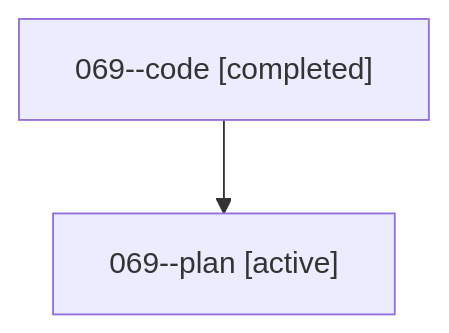
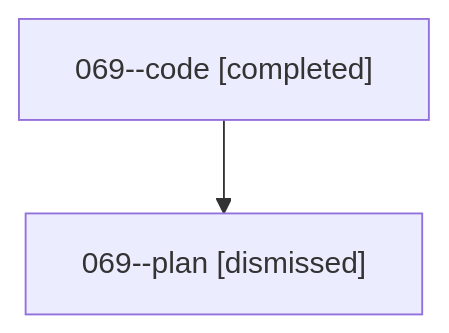
The diagram in sessions/bbugyi200.athena.069.md (sase-org/sase--agents), drawn with Mermaid before and after one commit. The commit also changed other lines of this file and 32 other files, not shown here.

````diff
--- a/sessions/bbugyi200.athena.069.md
+++ b/sessions/bbugyi200.athena.069.md
@@ -9,6 +9,6 @@
 ```mermaid
 flowchart TD
   n0["069--code [completed]"]
-  n1["069--plan [active]"]
+  n1["069--plan [dismissed]"]
   n0 --> n1
 ```
````
